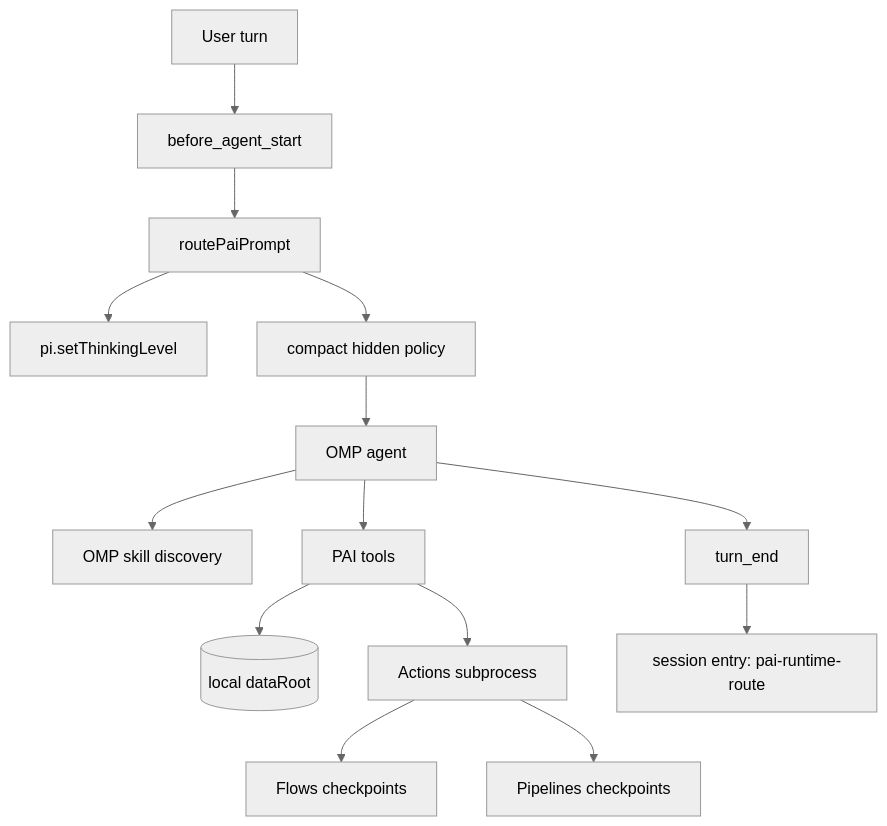
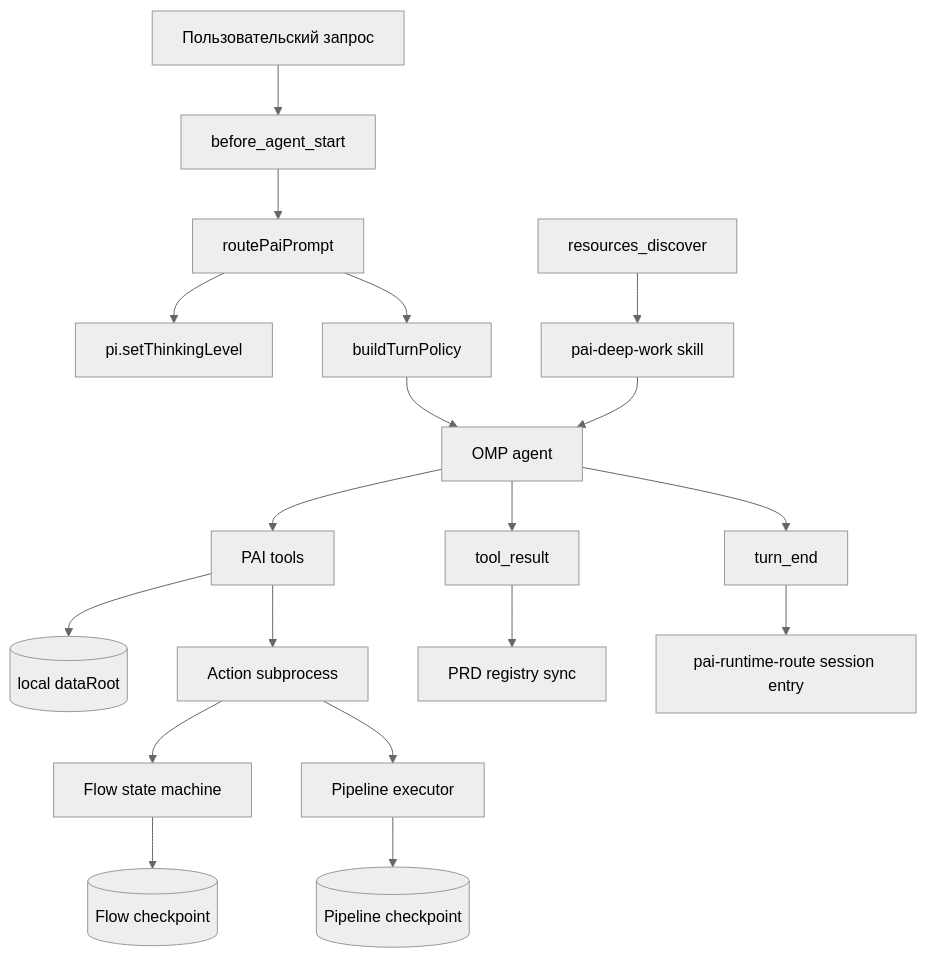
One commit to I1eanch/omp-pai-system changed the diagram in README.md. Above: the diagram before and after it, drawn with Mermaid (neutral theme). The commit also changed other lines of this file, not shown here.

````diff
--- a/README.md
+++ b/README.md
@@ -24,16 +100,21 @@
 ```mermaid
 graph TD
-  U[User turn] --> R[before_agent_start]
-  R --> C[routePaiPrompt]
-  C --> T[pi.setThinkingLevel]
-  C --> P[compact hidden policy]
-  P --> A[OMP agent]
-  A --> S[OMP skill discovery]
-  A --> X[PAI tools]
-  X --> D[(local dataRoot)]
-  X --> E[Actions subprocess]
-  E --> F[Flows checkpoints]
-  E --> L[Pipelines checkpoints]
-  A --> Q[turn_end]
-  Q --> J[session entry: pai-runtime-route]
+  U[Пользовательский запрос] --> BAS[before_agent_start]
+  BAS --> R[routePaiPrompt]
+  R --> TL[pi.setThinkingLevel]
+  R --> HP[buildTurnPolicy]
+  HP --> AG[OMP agent]
+  RD[resources_discover] --> SK[pai-deep-work skill]
+  SK --> AG
+  AG --> TOOLS[PAI tools]
+  TOOLS --> STATE[(local dataRoot)]
+  TOOLS --> ACT[Action subprocess]
+  ACT --> FLOW[Flow state machine]
+  ACT --> PIPE[Pipeline executor]
+  FLOW --> CP1[(Flow checkpoint)]
+  PIPE --> CP2[(Pipeline checkpoint)]
+  AG --> TR[tool_result]
+  TR --> PRD[PRD registry sync]
+  AG --> TE[turn_end]
+  TE --> SE[pai-runtime-route session entry]
 ```
````
